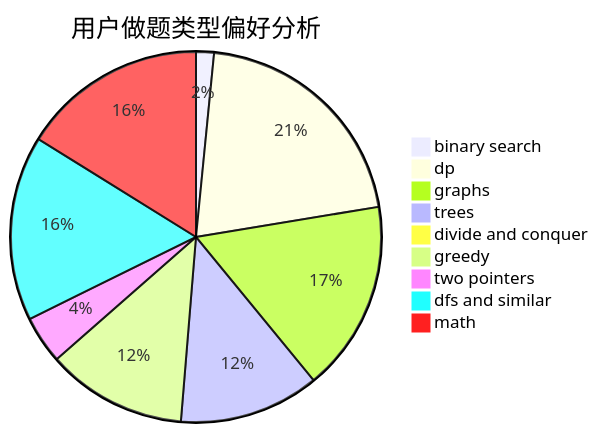
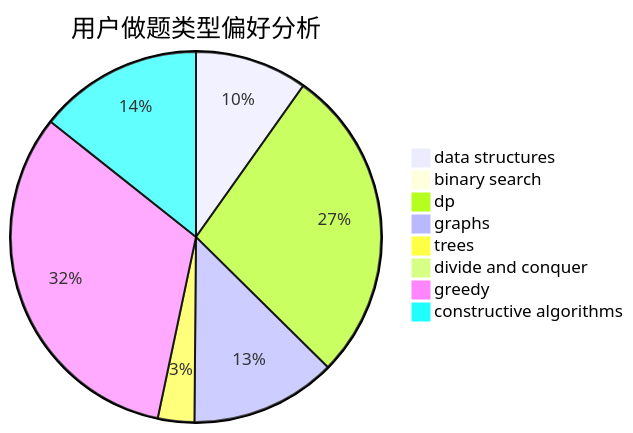
The second of 3 diagrams in docs/user/u1998.md (sherpahu/cfrs.github.io), drawn with Mermaid before and after one commit. The commit also changed other lines of this file and 2775 other files, not shown here.

````diff
--- a/docs/user/u1998.md
+++ b/docs/user/u1998.md
@@ -23,12 +23,11 @@
 ```mermaid
 pie title 用户做题类型偏好分析
-    "binary search" :  18
-    "dp" :  240
-    "graphs" :  192
-    "trees" :  141
-    "divide and conquer" :  1
-    "greedy" :  141
-    "two pointers" :  48
-    "dfs and similar" :  186
-    "math" :  186
+    "data structures" :  37
+    "binary search" :  3
+    "dp" :  104
+    "graphs" :  48
+    "trees" :  12
+    "divide and conquer" :  0
+    "greedy" :  122
+    "constructive algorithms" :  54
 ```
````
